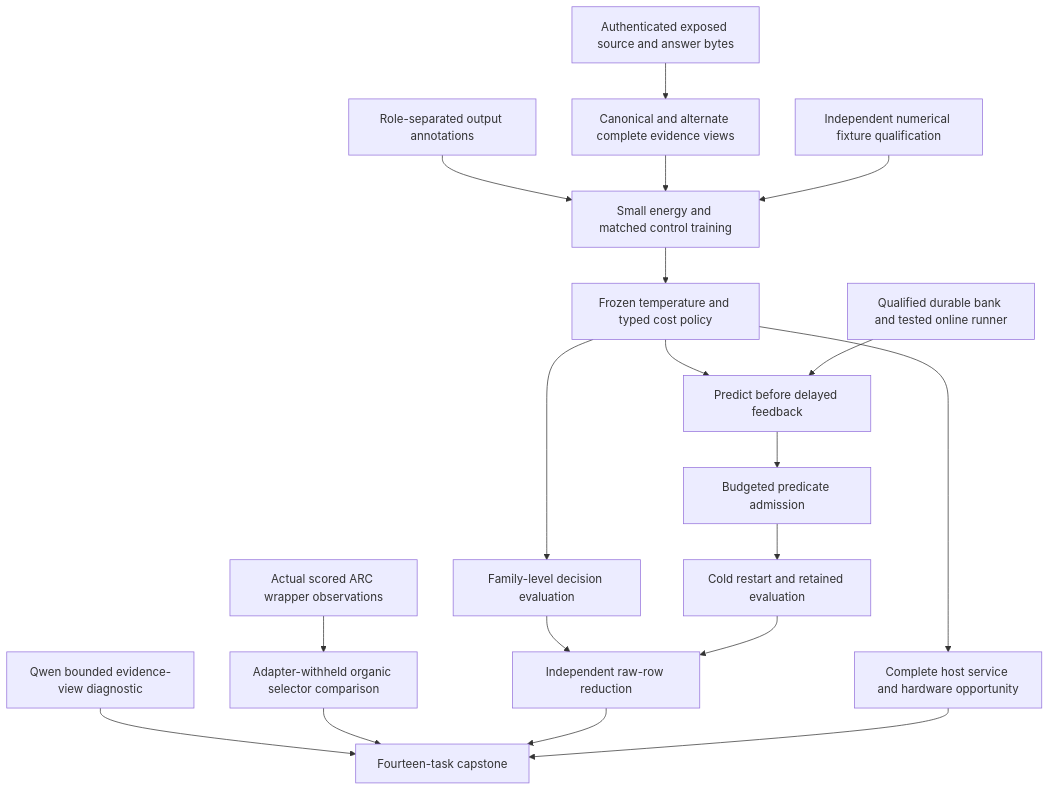
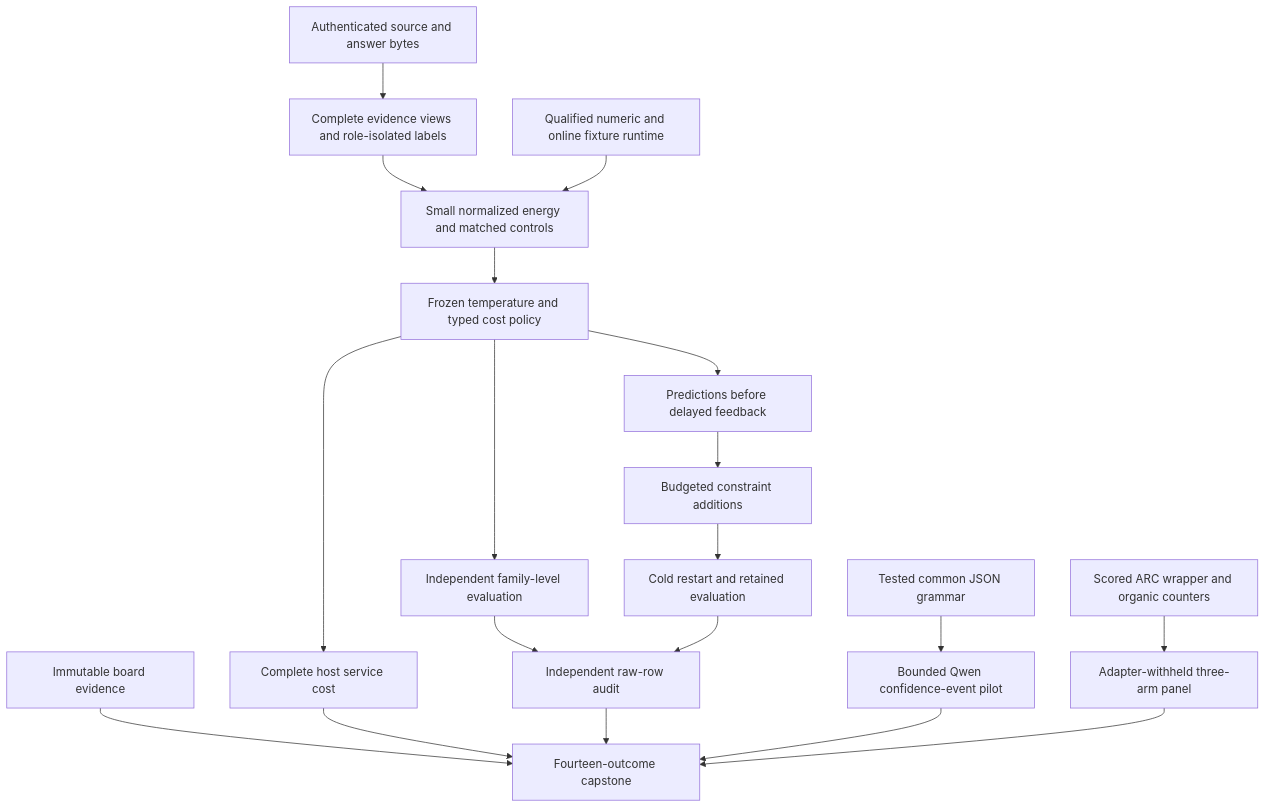
Before and after one commit to Carnot-EBM/carnot-ebm: the first of 2 diagrams in openspec/change-proposals/research-roadmap-vNEXT.md, drawn with Mermaid. The commit also changed other lines of this file and 22 other files, not shown here.

````diff
--- a/openspec/change-proposals/research-roadmap-vNEXT.md
+++ b/openspec/change-proposals/research-roadmap-vNEXT.md
@@ -79,21 +81,21 @@
 ```mermaid
 flowchart TD
-    S[Authenticated exposed source and answer bytes] --> V[Canonical and alternate complete evidence views]
-    L[Role-separated output annotations] --> T[Small energy and matched control training]
-    V --> T
-    Q[Independent numerical fixture qualification] --> T
-    T --> P[Frozen temperature and typed cost policy]
-    P --> E[Family-level decision evaluation]
-    P --> O[Predict before delayed feedback]
-    B[Qualified durable bank and tested online runner] --> O
-    O --> A[Budgeted predicate admission]
-    A --> R[Cold restart and retained evaluation]
-    E --> I[Independent raw-row reduction]
+    A[Authenticated source and answer bytes] --> B[Complete evidence views and role-isolated labels]
+    B --> C[Small normalized energy and matched controls]
+    F[Qualified numeric and online fixture runtime] --> C
+    C --> D[Frozen temperature and typed cost policy]
+    D --> E[Independent family-level evaluation]
+    D --> L[Predictions before delayed feedback]
+    L --> M[Budgeted constraint additions]
+    M --> R[Cold restart and retained evaluation]
+    Q[Tested common JSON grammar] --> G[Bounded Qwen confidence-event pilot]
+    X[Scored ARC wrapper and organic counters] --> Y[Adapter-withheld three-arm panel]
+    D --> S[Complete host service cost]
+    H[Immutable board evidence] --> Z[Fourteen-outcome capstone]
+    S --> Z
+    E --> I[Independent raw-row audit]
     R --> I
-    G[Qwen bounded evidence-view diagnostic] --> C[Fourteen-task capstone]
-    X[Actual scored ARC wrapper observations] --> Y[Adapter-withheld organic selector comparison]
-    Y --> C
-    P --> H[Complete host service and hardware opportunity]
-    I --> C
-    H --> C
+    I --> Z
+    G --> Z
+    Y --> Z
 ```
````
